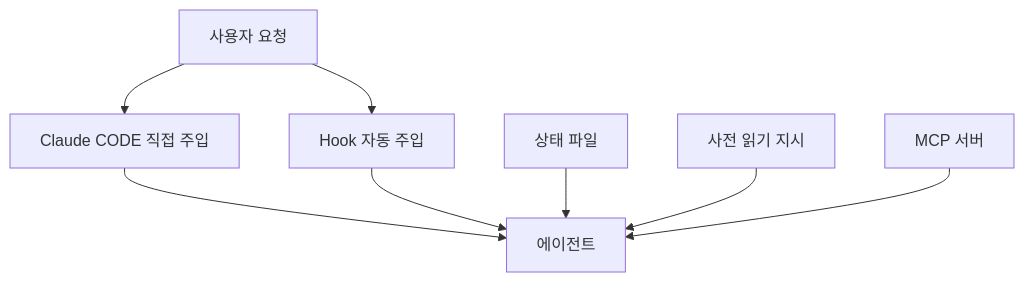
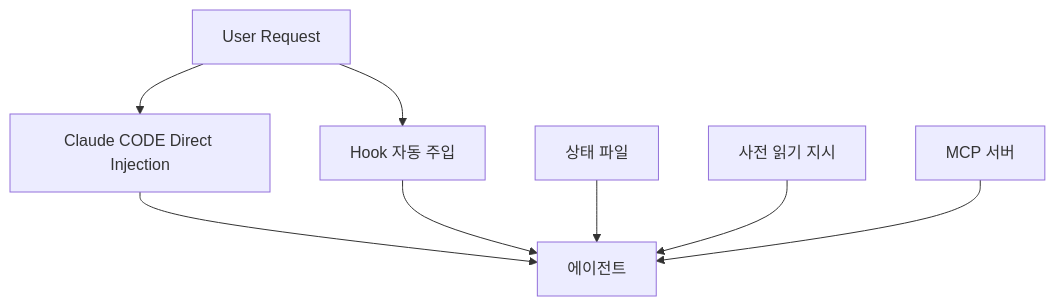
Before and after one commit to Jaesun23/spark-claude: the first of 3 diagrams in docs/SPARK_ORCHESTRATION_ARCHITECTURE.md, drawn with Mermaid. The commit also changed other lines of this file and 28 other files, not shown here.

````diff
--- a/docs/SPARK_ORCHESTRATION_ARCHITECTURE.md
+++ b/docs/SPARK_ORCHESTRATION_ARCHITECTURE.md
@@ -12,10 +12,10 @@
 ```mermaid
 graph TD
-    A[사용자 요청] --> B[Claude CODE 직접 주입]
+    A[User Request] --> B[Claude CODE Direct Injection]
     A --> C[Hook 자동 주입]
     B --> D[에이전트]
     C --> D
     E[상태 파일] --> D
     F[사전 읽기 지시] --> D
     G[MCP 서버] --> D
 ```
````
